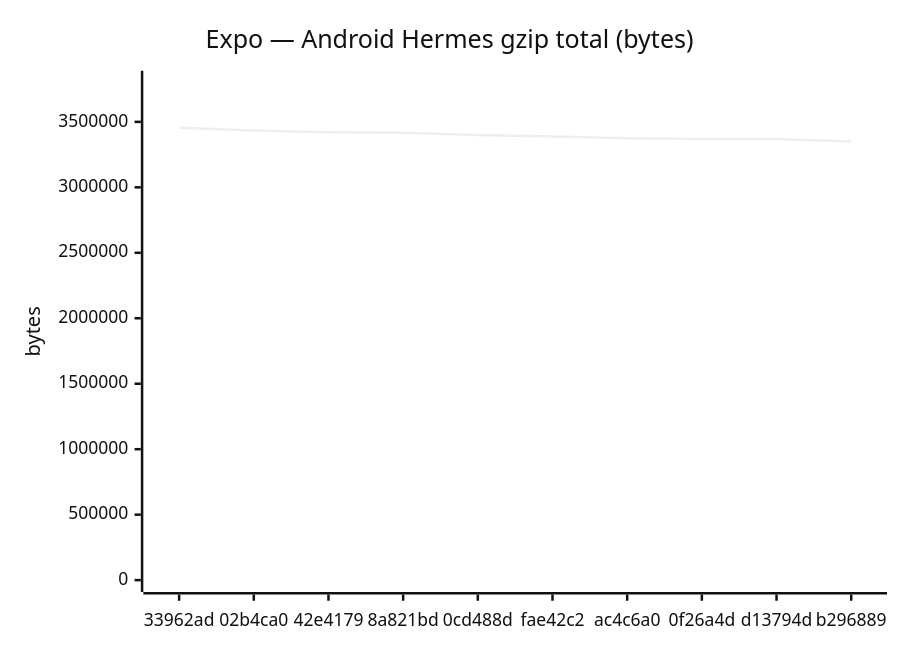
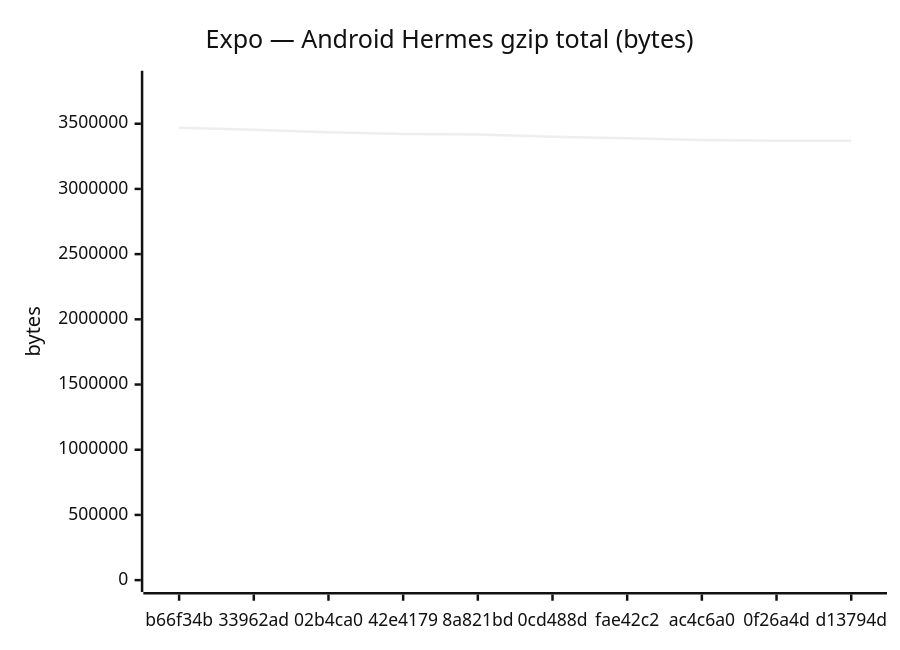
The fifth of 18 diagrams in benchmarks/compare.md (Metaheurist/Rianell), drawn with Mermaid (neutral theme) before and after one commit. The commit also changed other lines of this file and 11 other files, not shown here.

````diff
--- a/benchmarks/compare.md
+++ b/benchmarks/compare.md
@@ -89,7 +89,7 @@
 ```mermaid
 xychart-beta
     title "Expo — Android Hermes gzip total (bytes)"
-    x-axis ["33962ad", "02b4ca0", "42e4179", "8a821bd", "0cd488d", "fae42c2", "ac4c6a0", "0f26a4d", "d13794d", "b296889"]
-    y-axis "bytes" 0 --> 3799693
-    line [3454266, 3434635, 3421569, 3417622, 3400545, 3388765, 3375300, 3368860, 3368861, 3349208]
+    x-axis ["b66f34b", "33962ad", "02b4ca0", "42e4179", "8a821bd", "0cd488d", "fae42c2", "ac4c6a0", "0f26a4d", "d13794d"]
+    y-axis "bytes" 0 --> 3815172
+    line [3468338, 3454266, 3434635, 3421569, 3417622, 3400545, 3388765, 3375300, 3368860, 3368861]
 ```
````
